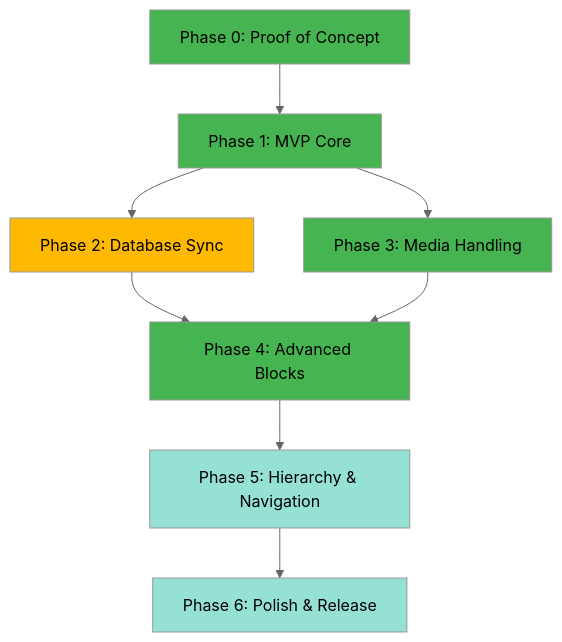
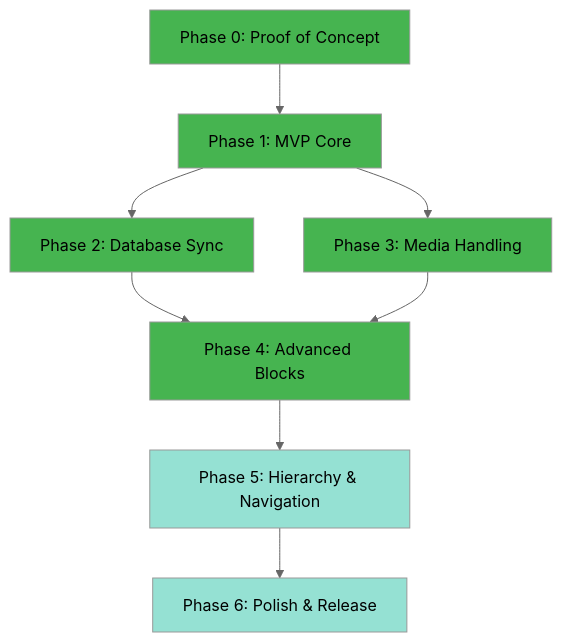
The diagram in docs/plans/main-plan.md (thevgergroup/notion-wp), drawn with Mermaid (neutral theme) before and after one commit. The commit also changed other lines of this file, not shown here.

````diff
--- a/docs/plans/main-plan.md
+++ b/docs/plans/main-plan.md
@@ -9,18 +9,18 @@
 ```mermaid
 flowchart TD
     P0[Phase 0: Proof of Concept] --> P1[Phase 1: MVP Core]
     P1 --> P2[Phase 2: Database Sync]
     P1 --> P3[Phase 3: Media Handling]
     P2 --> P4[Phase 4: Advanced Blocks]
     P3 --> P4
     P4 --> P5[Phase 5: Hierarchy & Navigation]
     P5 --> P6[Phase 6: Polish & Release]
 
     style P0 fill:#46b450
     style P1 fill:#46b450
-    style P2 fill:#ffb900
+    style P2 fill:#46b450
     style P3 fill:#46b450
     style P4 fill:#46b450
     style P5 fill:#95e1d3
     style P6 fill:#95e1d3
 ```
````
